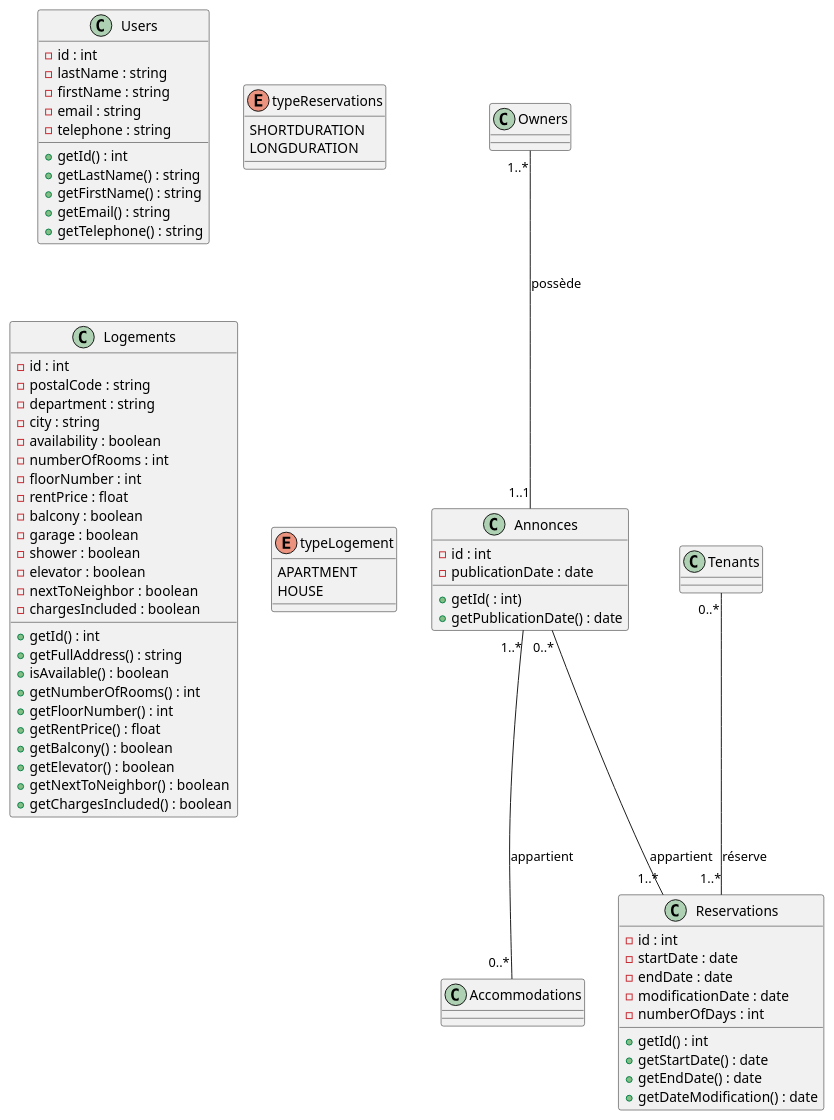
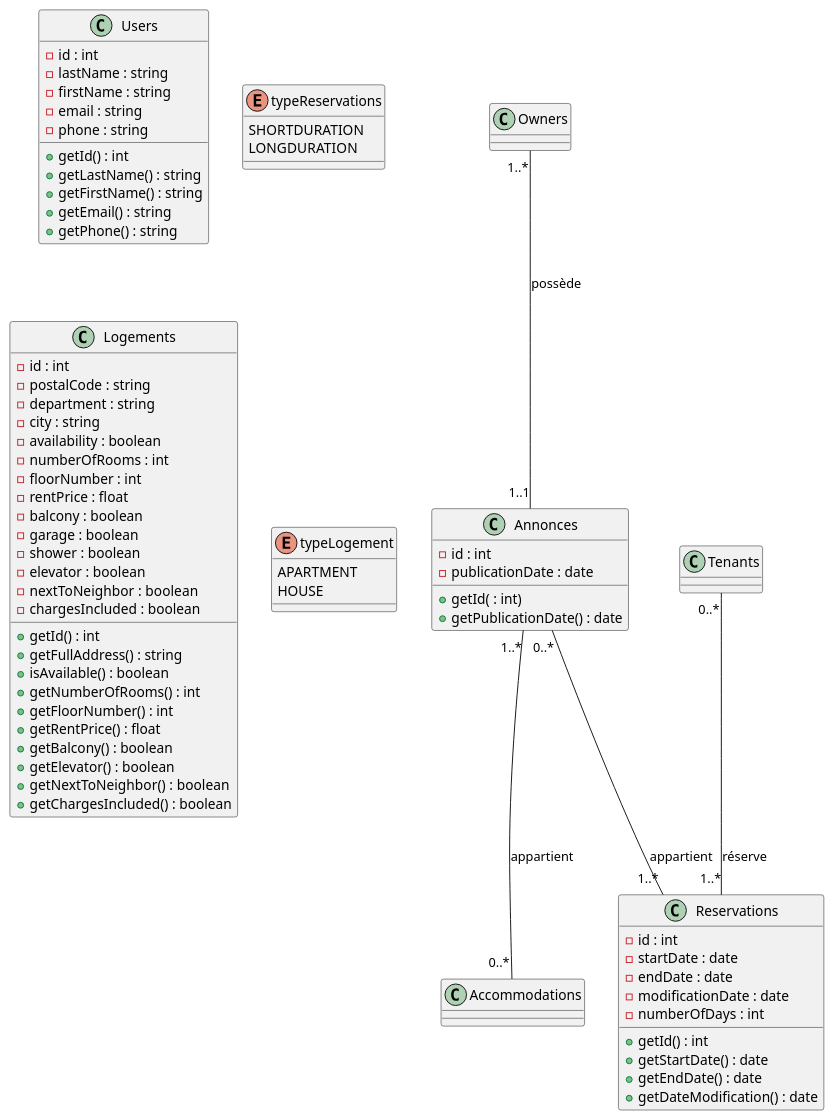
One commit to souvanc/DIAGRAMMEETNA changed the diagram in class.wsd. Above: the diagram before and after it, drawn with PlantUML.

Commit message:
"En anglais"

```diff
--- a/class.wsd
+++ b/class.wsd
@@ -1,83 +1,83 @@
 @startuml DIAGRAMMECLASS
 
   class Users {
   - id : int
   - lastName : string
   - firstName : string
   - email : string
-  - telephone : string
+  - phone : string
 
   + getId() : int
   + getLastName() : string
   + getFirstName() : string
   + getEmail() : string
-  + getTelephone() : string
+  + getPhone() : string
 }
 
 class Reservations {
   - id : int
   - startDate : date
   - endDate : date
   - modificationDate : date
   - numberOfDays : int
 
   + getId() : int
   + getStartDate() : date
   + getEndDate() : date
   + getDateModification() : date
 }
 enum typeReservations {
   SHORTDURATION
   LONGDURATION
 }
 
 class Annonces {
   - id : int
   - publicationDate : date
 
   + getId( : int)
   + getPublicationDate() : date
 }
 
 class Logements {
   - id : int
   - postalCode : string
   - department : string
   - city : string
   - availability : boolean
   - numberOfRooms : int
   - floorNumber : int
   - rentPrice : float
   - balcony : boolean
   - garage : boolean
   - shower : boolean
   - elevator : boolean
   - nextToNeighbor : boolean
   - chargesIncluded : boolean
   
   + getId() : int
   + getFullAddress() : string
   + isAvailable() : boolean
   + getNumberOfRooms() : int
   + getFloorNumber() : int
   + getRentPrice() : float
   + getBalcony() : boolean
   + getElevator() : boolean
   + getNextToNeighbor() : boolean
   + getChargesIncluded() : boolean
   }
 
 enum typeLogement {
   APARTMENT
   HOUSE
 }
 
 Tenants"0..*" -- "1..*"Reservations: réserve
 Owners"1..*" -- "1..1"Annonces: possède
 Annonces"0..*" -- "1..*"Reservations: appartient
 Annonces"1..*" -- "0..*"Accommodations: appartient
 
 
 
     
 @enduml
```
